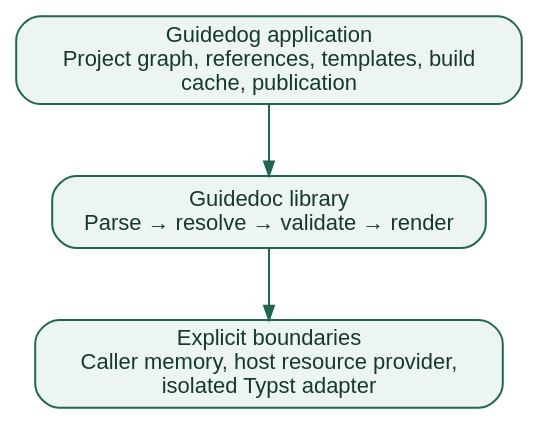
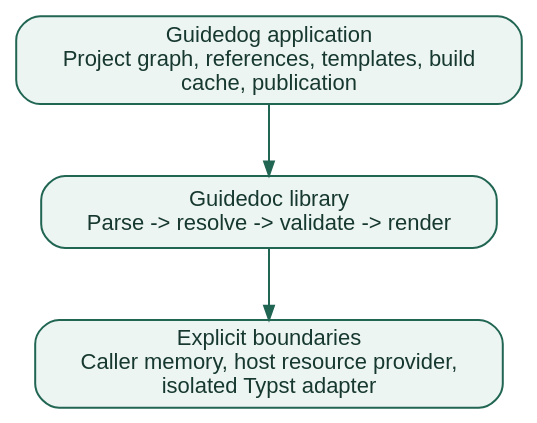
The first of 3 diagrams in docs/gds/records/0003-guidedoc-odin.rst (insanai/guidedog), drawn with Graphviz before and after one commit. The commit also changed other lines of this file and 99 other files, not shown here.

```diff
--- a/docs/gds/records/0003-guidedoc-odin.rst
+++ b/docs/gds/records/0003-guidedoc-odin.rst
@@ -62,15 +62,15 @@
 .. graphviz::
    :caption: Responsibility flows downward. Core conversion does not import the application.
    :alt: Responsibility flows downward. Core conversion does not import the application.
 
    digraph design {
      graph [rankdir=TB, bgcolor="transparent", pad="0.3", nodesep="0.4"];
      node [shape=box, style="rounded,filled", fillcolor="#edf5f2",
            color="#216553", fontcolor="#16382f", fontname="Helvetica", fontsize=11];
      edge [color="#216553", arrowsize=0.7];
      n0 [label="Guidedog application\nProject graph, references, templates, build\ncache, publication"];
-     n1 [label="Guidedoc library\nParse → resolve → validate → render"];
+     n1 [label="Guidedoc library\nParse -> resolve -> validate -> render"];
      n2 [label="Explicit boundaries\nCaller memory, host resource provider,\nisolated Typst adapter"];
      n0 -> n1;
      n1 -> n2;
    }
```
